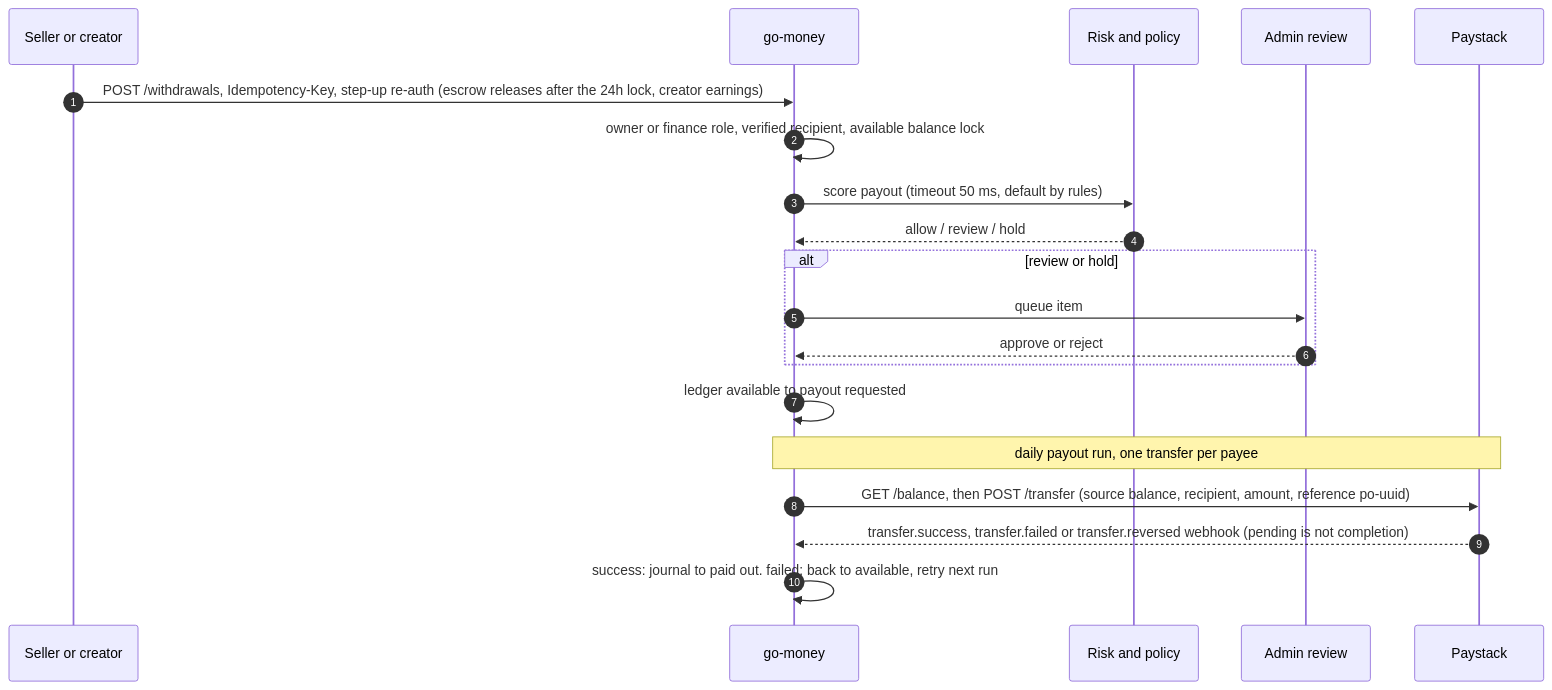
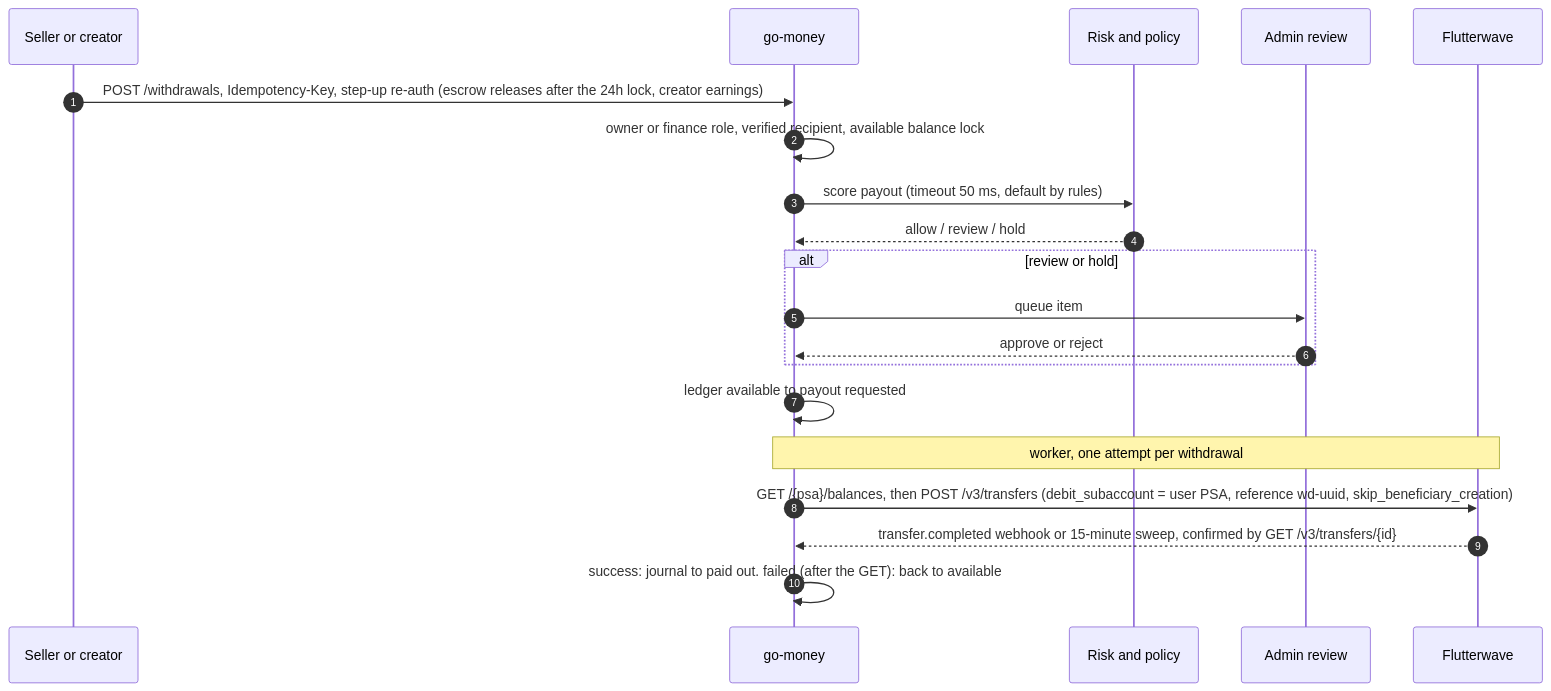
The seventh of 7 diagrams in docs/architecture/payments.md (telente-technologies/nantty), drawn with Mermaid before and after one commit. The commit also changed other lines of this file and 8 other files, not shown here.

Commit message:
docs/architecture batch 1

````diff
--- a/docs/architecture/payments.md
+++ b/docs/architecture/payments.md
@@ -300,22 +298,22 @@
 ```mermaid
 sequenceDiagram
   autonumber
   participant U as Seller or creator
   participant M as go-money
   participant R as Risk and policy
   participant AD as Admin review
-  participant P as Paystack
+  participant P as Flutterwave
   U->>M: POST /withdrawals, Idempotency-Key, step-up re-auth (escrow releases after the 24h lock, creator earnings)
   M->>M: owner or finance role, verified recipient, available balance lock
   M->>R: score payout (timeout 50 ms, default by rules)
   R-->>M: allow / review / hold
   alt review or hold
     M->>AD: queue item
     AD-->>M: approve or reject
   end
   M->>M: ledger available to payout requested
-  Note over M,P: daily payout run, one transfer per payee
-  M->>P: GET /balance, then POST /transfer (source balance, recipient, amount, reference po-uuid)
-  P-->>M: transfer.success, transfer.failed or transfer.reversed webhook (pending is not completion)
-  M->>M: success: journal to paid out. failed: back to available, retry next run
+  Note over M,P: worker, one attempt per withdrawal
+  M->>P: GET /{psa}/balances, then POST /v3/transfers (debit_subaccount = user PSA, reference wd-uuid, skip_beneficiary_creation)
+  P-->>M: transfer.completed webhook or 15-minute sweep, confirmed by GET /v3/transfers/{id}
+  M->>M: success: journal to paid out. failed (after the GET): back to available
 ```
````
